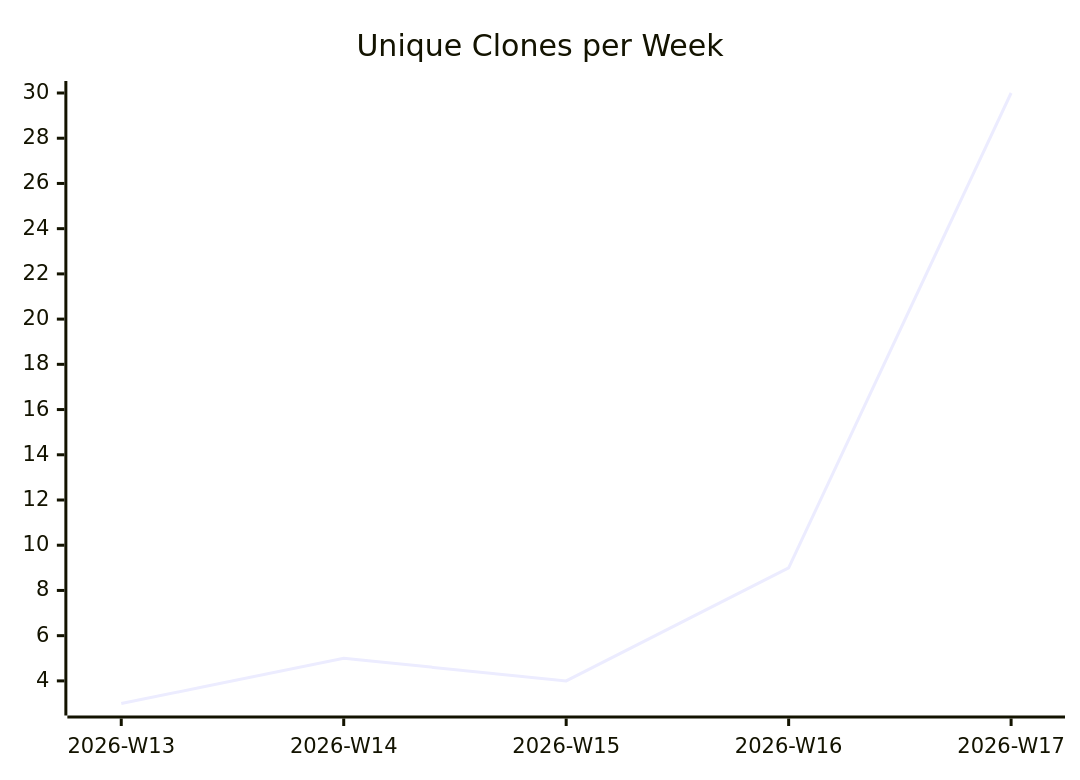
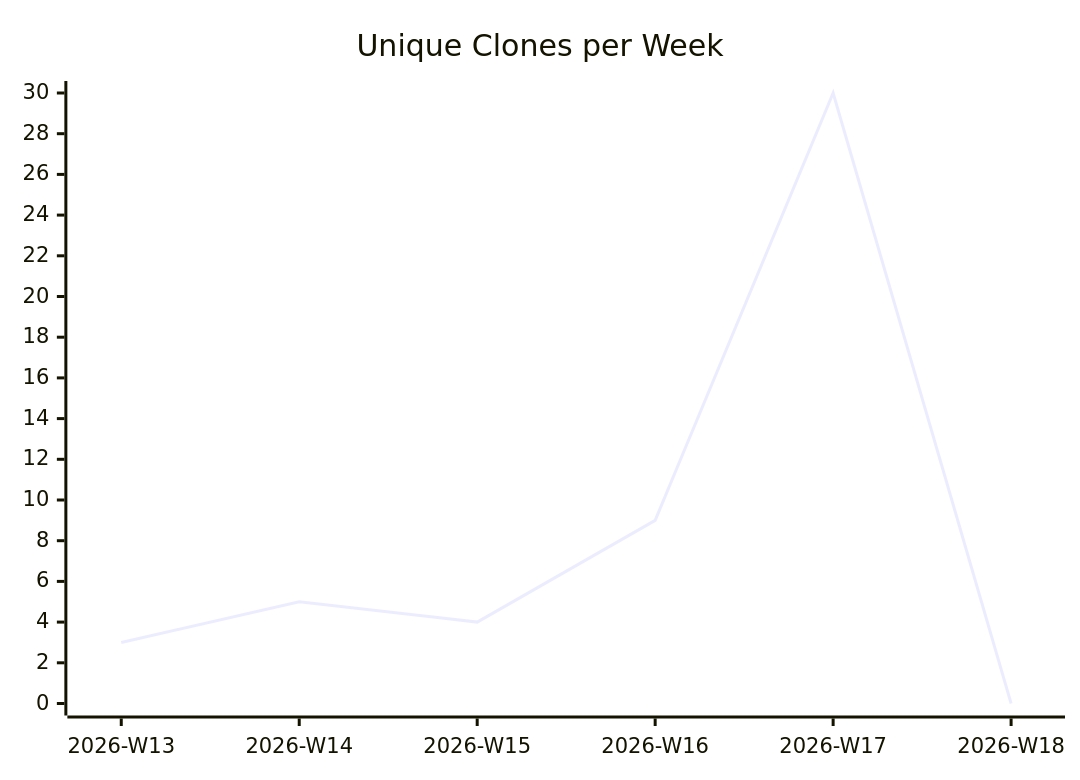
The third of 3 diagrams in karlmdavis/dotfiles/README.md (justdavis-family/github-analytics-data), drawn with Mermaid before and after one commit. The commit also changed other lines of this file and 184 other files, not shown here.

````diff
--- a/karlmdavis/dotfiles/README.md
+++ b/karlmdavis/dotfiles/README.md
@@ -19,6 +19,6 @@
 ```mermaid
 xychart-beta
   title "Unique Clones per Week"
-  x-axis ["2026-W13", "2026-W14", "2026-W15", "2026-W16", "2026-W17"]
-  line [3, 5, 4, 9, 30]
+  x-axis ["2026-W13", "2026-W14", "2026-W15", "2026-W16", "2026-W17", "2026-W18"]
+  line [3, 5, 4, 9, 30, 0]
 ```
````
